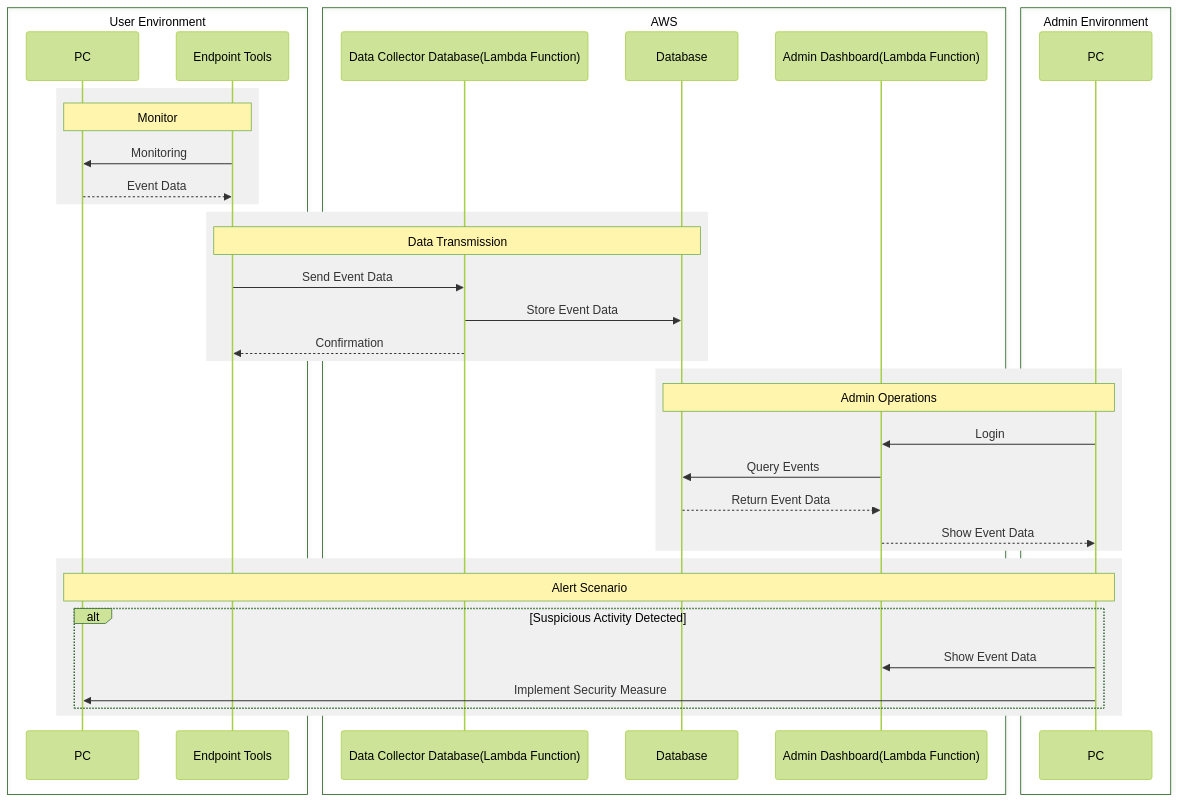
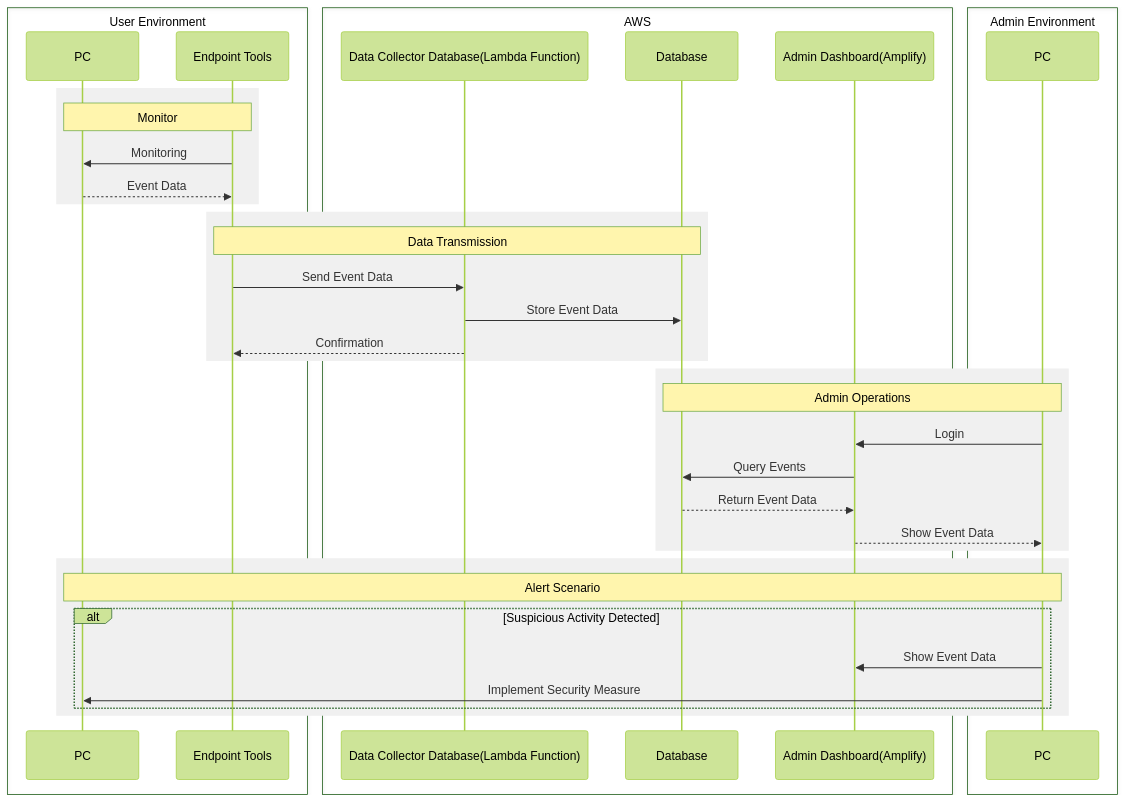
One commit to mniyk/endpoint-security-and-monitoring-tools changed the diagram in README.md. Above: the diagram before and after it, drawn with Mermaid (forest theme).

Commit message:
Fix: Change "Admin Dashboard(Lambda Function)" to "Admin Dashboard(Amplify)"

````diff
--- a/README.md
+++ b/README.md
@@ -13,46 +13,46 @@
 ```mermaid
 sequenceDiagram
     box User Environment
         participant User as PC
         participant Tools as Endpoint Tools
     end
 
     box AWS
         participant API as Data Collector Database(Lambda Function)
         participant DB as Database
-        participant Dashboard as Admin Dashboard(Lambda Function)
+        participant Dashboard as Admin Dashboard(Amplify)
     end
 
     box Admin Environment
         participant Admin as PC 
     end
 
     rect rgb(240, 240, 240)
         Note over Tools,User: Monitor
             Tools->>User: Monitoring
             User-->>Tools: Event Data
     end
     
     rect rgb(240, 240, 240)
         Note over Tools,DB: Data Transmission
             Tools->>API: Send Event Data
             API->>DB: Store Event Data
             API-->>Tools: Confirmation
     end
 
     rect rgb(240, 240, 240)
         Note over DB,Admin: Admin Operations
             Admin->>Dashboard: Login
             Dashboard->>DB: Query Events
             DB-->>Dashboard: Return Event Data
             Dashboard-->>Admin: Show Event Data 
     end
     
     rect rgb(240, 240, 240)
         Note over User,Admin: Alert Scenario
             alt Suspicious Activity Detected
                 Admin->>Dashboard: Show Event Data
                 Admin->>User: Implement Security Measure
             end
     end
 ```
````
